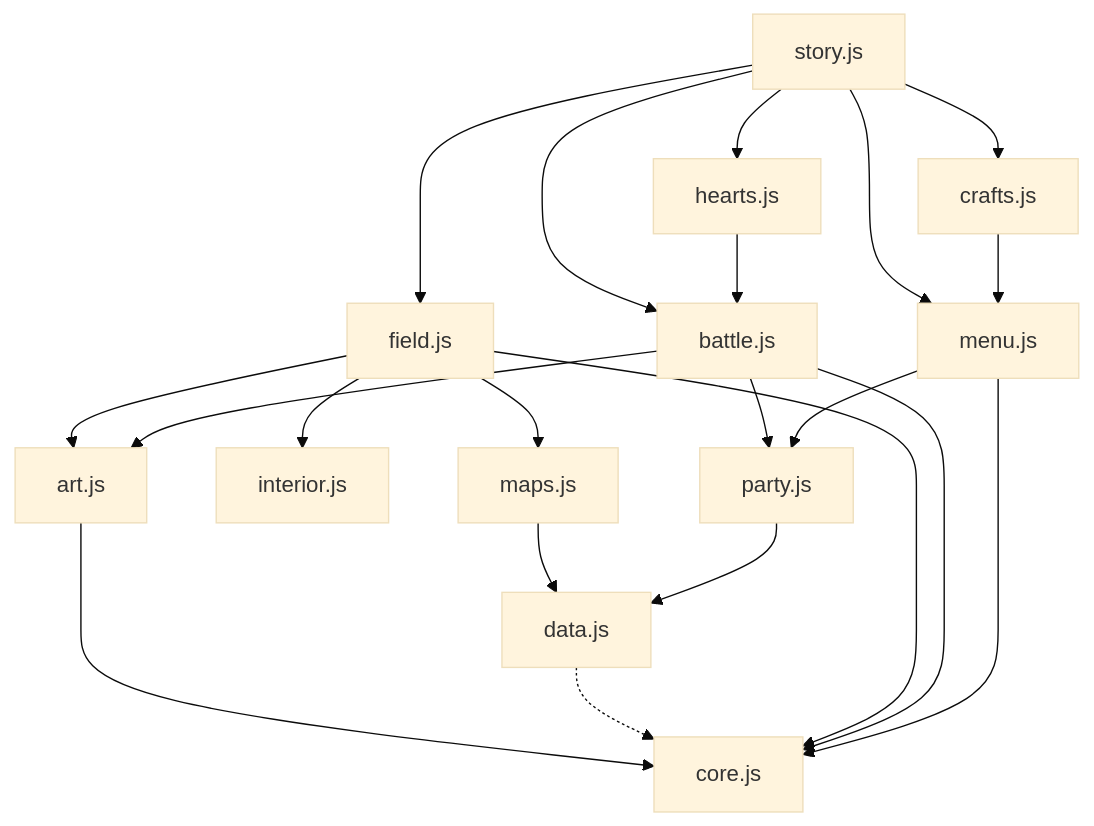
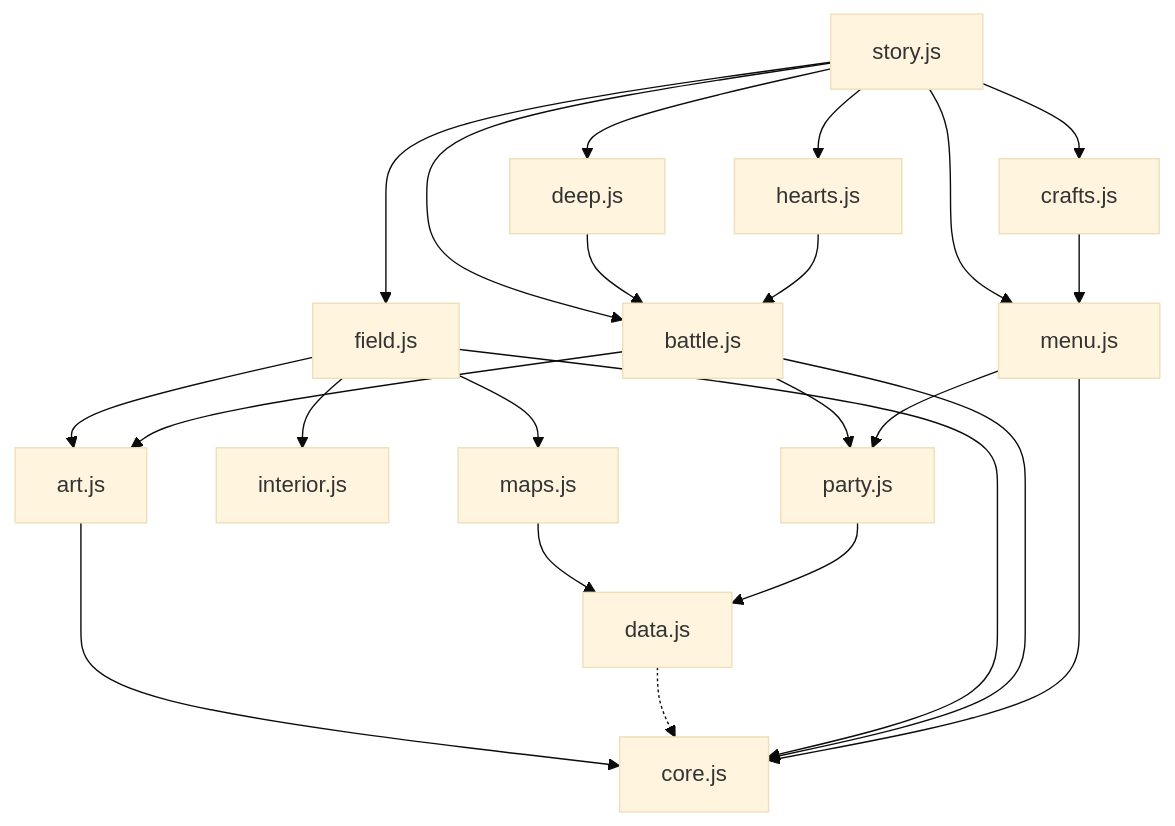
One commit to CptNope/Laternfall changed the second of 15 diagrams in docs/ARCHITECTURE.md. Above: the diagram before and after it, drawn with Mermaid (base theme). The commit also changed other lines of this file and 27 other files, not shown here.

````diff
--- a/docs/ARCHITECTURE.md
+++ b/docs/ARCHITECTURE.md
@@ -77,23 +79,25 @@
 ```mermaid
 flowchart TB
     story[story.js] --> field[field.js]
     story --> battle[battle.js]
     story --> menu[menu.js]
     story --> crafts[crafts.js]
     story --> hearts[hearts.js]
+    story --> deep[deep.js]
+    deep --> battle
     hearts --> battle
     crafts --> menu
     field --> maps[maps.js]
     field --> interior[interior.js]
     field --> art[art.js]
     battle --> art
     battle --> party[party.js]
     menu --> party
     maps --> data[data.js]
     party --> data
     art --> core[core.js]
     data -.-> core
     field --> core
     battle --> core
     menu --> core
 ```
````
